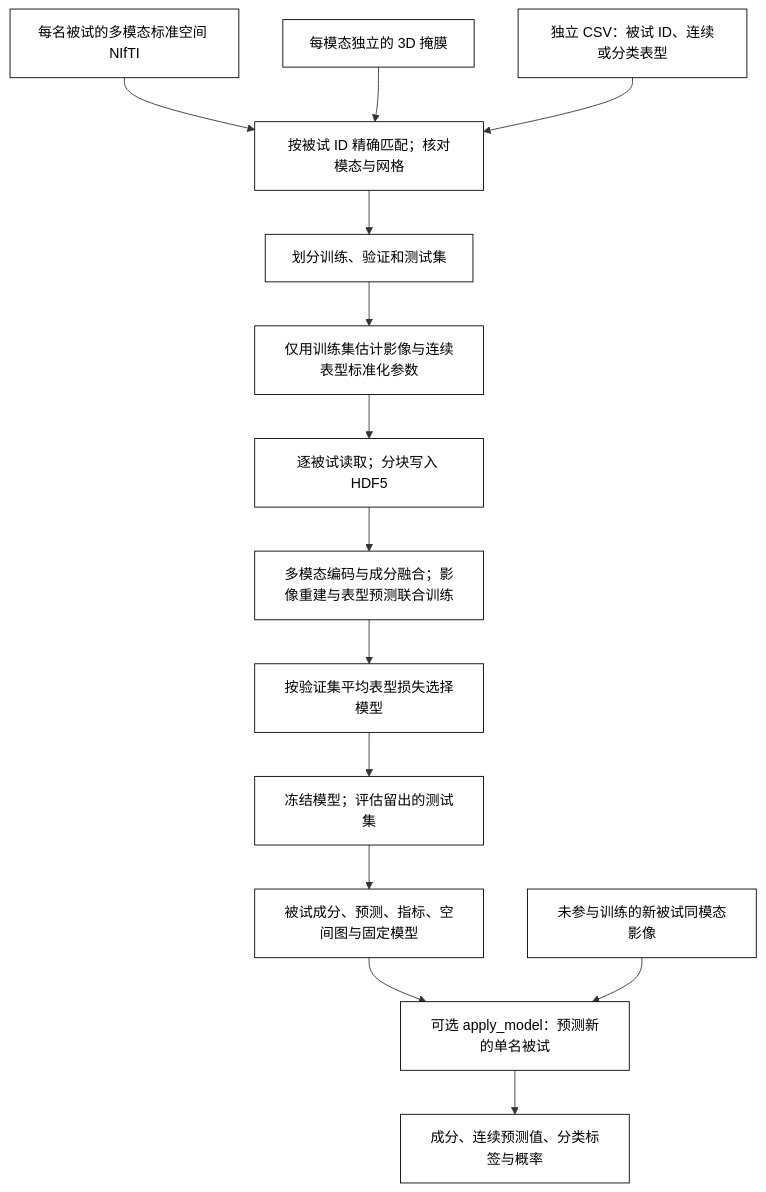
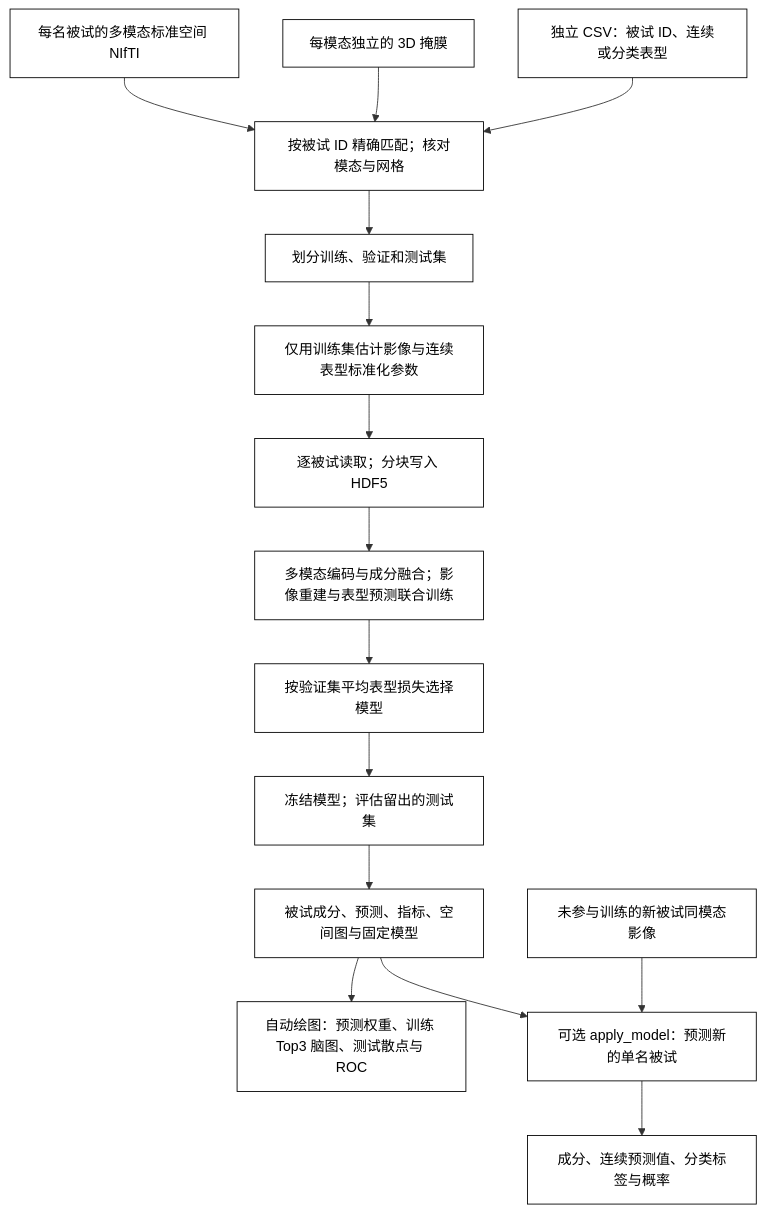
Before and after one commit to weikanggong1/Fudan-Neuroimaging-toolkit: the diagram in docs/superbigflica/README.md, drawn with Mermaid. The commit also changed other lines of this file and 34 other files, not shown here.

````diff
--- a/docs/superbigflica/README.md
+++ b/docs/superbigflica/README.md
@@ -9,17 +9,18 @@
 ```mermaid
 flowchart TD
     IMAGE["每名被试的多模态标准空间 NIfTI"] --> MATCH["按被试 ID 精确匹配；核对模态与网格"]
     MASK["每模态独立的 3D 掩膜"] --> MATCH
     CSV["独立 CSV：被试 ID、连续或分类表型"] --> MATCH
     MATCH --> SPLIT["划分训练、验证和测试集"]
     SPLIT --> FIT["仅用训练集估计影像与连续表型标准化参数"]
     FIT --> STORE["逐被试读取；分块写入 HDF5"]
     STORE --> TRAIN["多模态编码与成分融合；影像重建与表型预测联合训练"]
     TRAIN --> SELECT["按验证集平均表型损失选择模型"]
     SELECT --> TEST["冻结模型；评估留出的测试集"]
     TEST --> OUTPUT["被试成分、预测、指标、空间图与固定模型"]
+    OUTPUT --> PLOT["自动绘图：预测权重、训练 Top3 脑图、测试散点与 ROC"]
     OUTPUT --> APPLY["可选 apply_model：预测新的单名被试"]
     NEW["未参与训练的新被试同模态影像"] --> APPLY
     APPLY --> PRED["成分、连续预测值、分类标签与概率"]
     classDef default fill:#ffffff,stroke:#000000,color:#000000;
 ```
````
